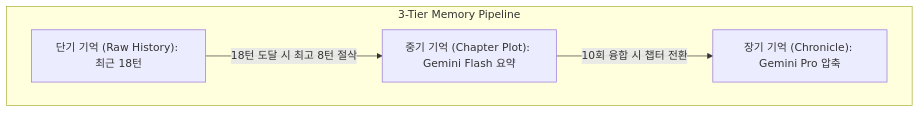
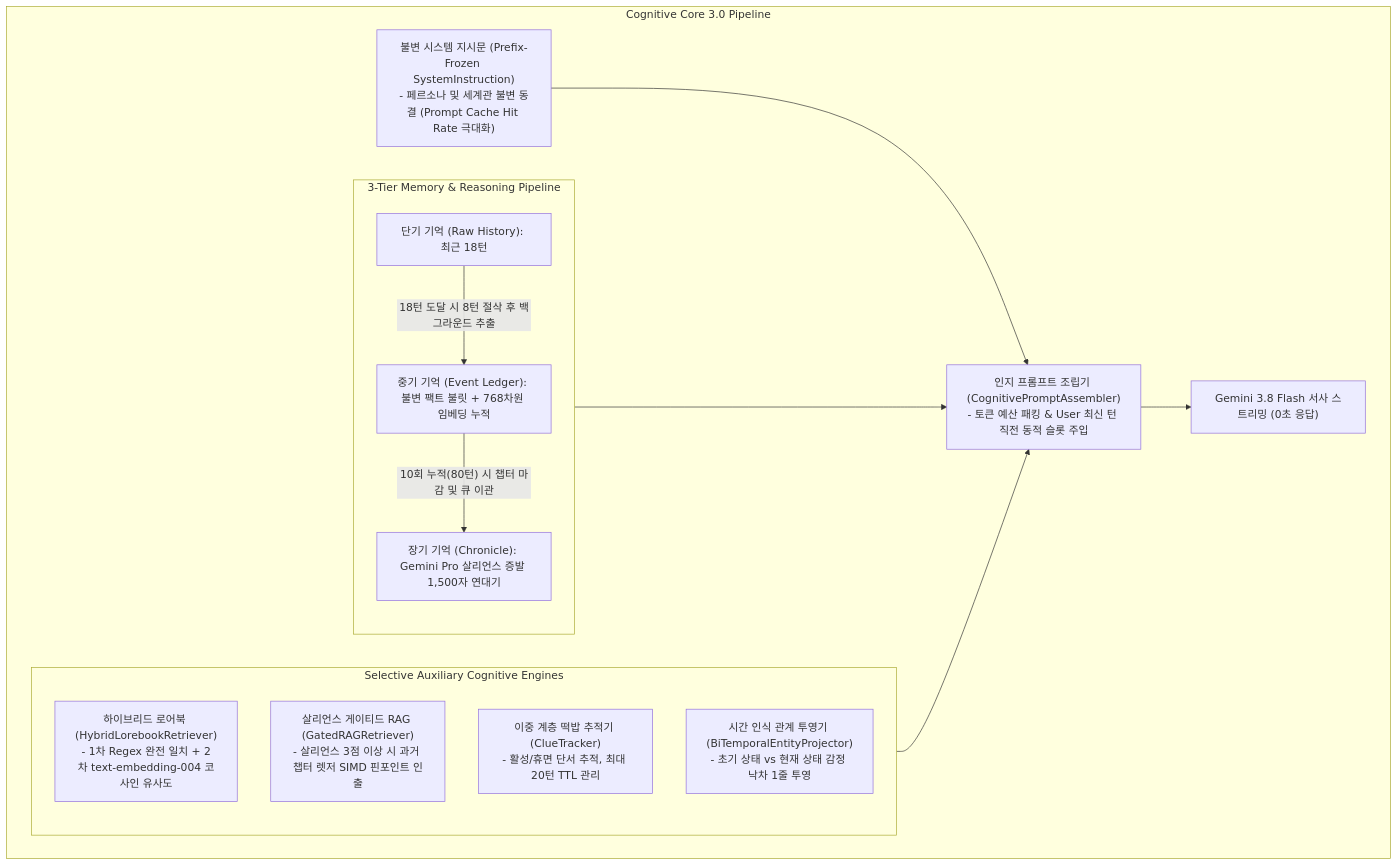
One commit to jin20203458/Obsidian.Agent changed the first of 3 diagrams in GRC/docs/01_grc_architecture.md. Above: the diagram before and after it, drawn with Mermaid. The commit also changed other lines of this file and 1 other file, not shown here.

````diff
--- a/GRC/docs/01_grc_architecture.md
+++ b/GRC/docs/01_grc_architecture.md
@@ -20,11 +28,29 @@
 ```mermaid
 flowchart TB
-    subgraph MEMORY ["3-Tier Memory Pipeline"]
-        M1["단기 기억 (Raw History): 최근 18턴"]
-        M2["중기 기억 (Chapter Plot): Gemini Flash 요약"]
-        M3["장기 기억 (Chronicle): Gemini Pro 압축"]
+    subgraph COGNITIVE_CORE ["Cognitive Core 3.0 Pipeline"]
+        SYS["불변 시스템 지시문 (Prefix-Frozen SystemInstruction)<br>- 페르소나 및 세계관 불변 동결 (Prompt Cache Hit Rate 극대화)"]
         
-        M1 -->|"18턴 도달 시 최고 8턴 절삭"| M2
-        M2 -->|"10회 융합 시 챕터 전환"| M3
+        subgraph TIERS ["3-Tier Memory & Reasoning Pipeline"]
+            M1["단기 기억 (Raw History): 최근 18턴"]
+            M2["중기 기억 (Event Ledger): 불변 팩트 불릿 + 768차원 임베딩 누적"]
+            M3["장기 기억 (Chronicle): Gemini Pro 살리언스 증발 1,500자 연대기"]
+            
+            M1 -->|"18턴 도달 시 8턴 절삭 후 백그라운드 추출"| M2
+            M2 -->|"10회 누적(80턴) 시 챕터 마감 및 큐 이관"| M3
+        end
+        
+        subgraph AUXILIARY ["Selective Auxiliary Cognitive Engines"]
+            HL["하이브리드 로어북 (HybridLorebookRetriever)<br>- 1차 Regex 완전 일치 + 2차 text-embedding-004 코사인 유사도"]
+            GR["살리언스 게이티드 RAG (GatedRAGRetriever)<br>- 살리언스 3점 이상 시 과거 챕터 렛저 SIMD 핀포인트 인출"]
+            CT["이중 계층 떡밥 추적기 (ClueTracker)<br>- 활성/휴면 단서 추적, 최대 20턴 TTL 관리"]
+            BP["시간 인식 관계 투영기 (BiTemporalEntityProjector)<br>- 초기 상태 vs 현재 상태 감정 낙차 1줄 투영"]
+        end
+        
+        ASSEMBLER["인지 프롬프트 조립기 (CognitivePromptAssembler)<br>- 토큰 예산 패킹 & User 최신 턴 직전 동적 슬롯 주입"]
+        
+        SYS --> ASSEMBLER
+        TIERS --> ASSEMBLER
+        AUXILIARY --> ASSEMBLER
+        ASSEMBLER --> LLM["Gemini 3.8 Flash 서사 스트리밍 (0초 응답)"]
     end
 ```
````
